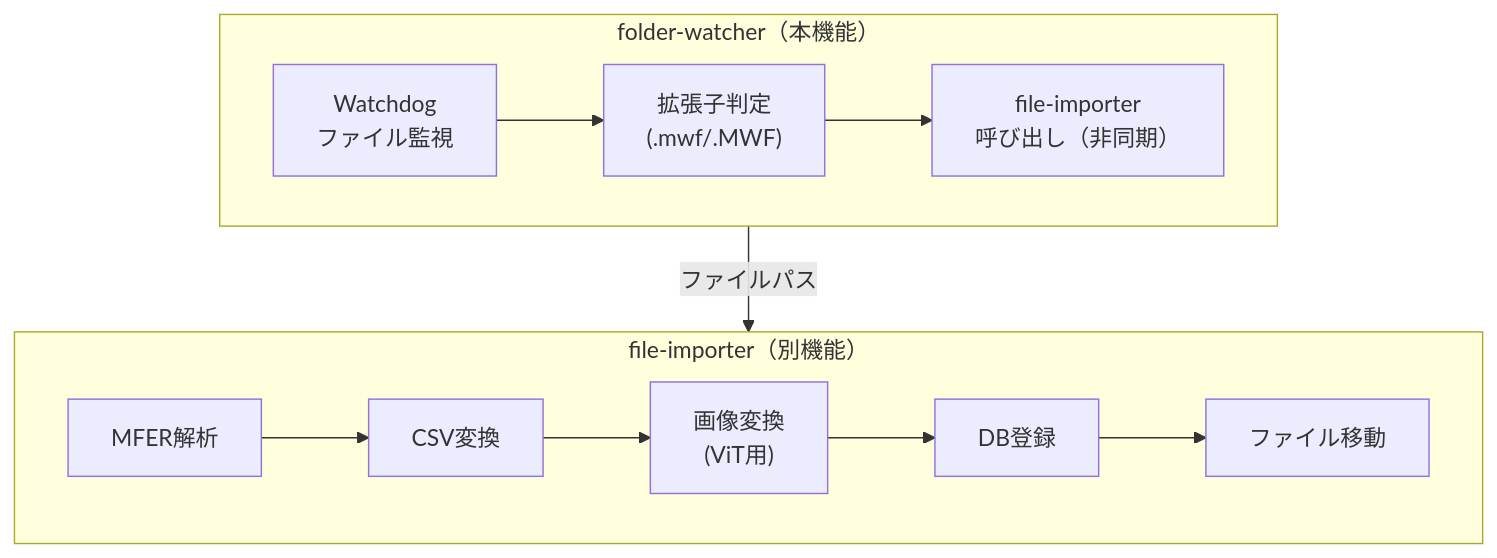
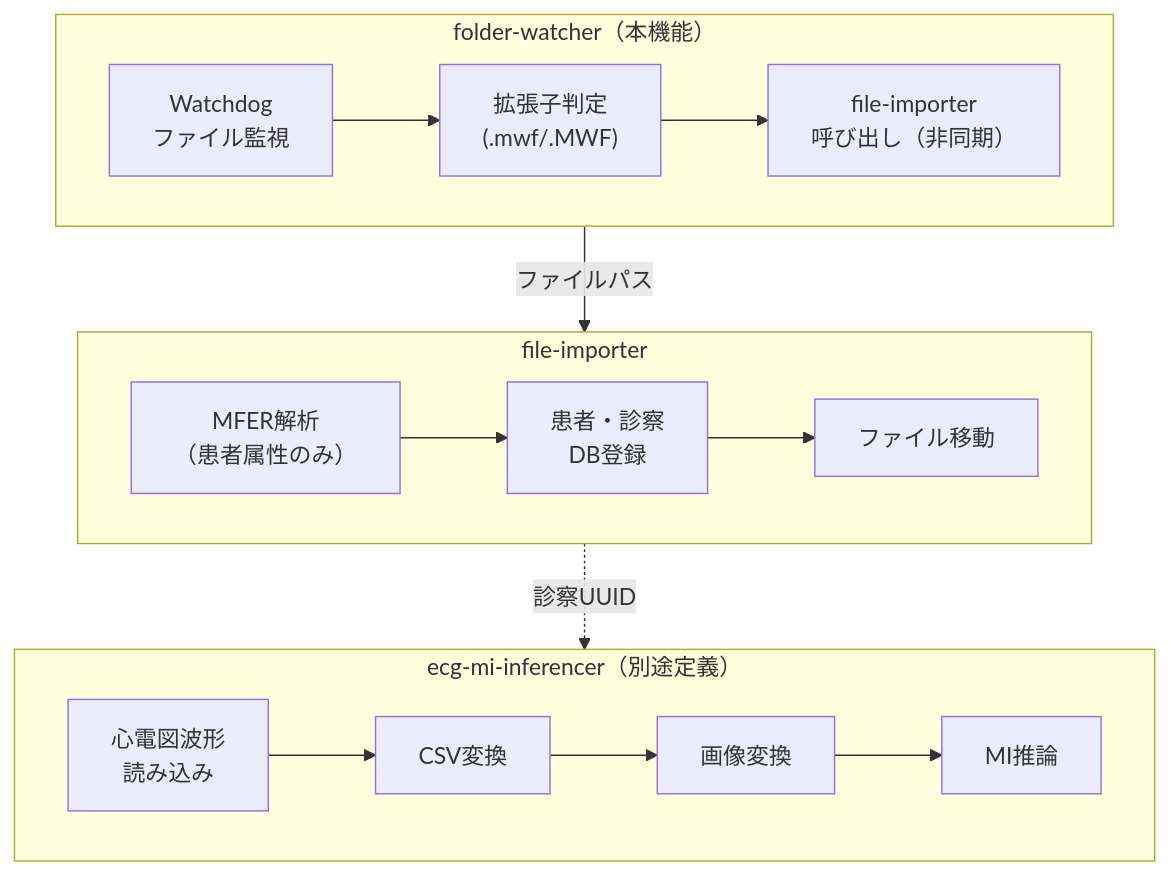
The diagram in .kiro/specs/folder-watcher/requirements.md (Universal-Micro-Networks/ecg-mi-inference), drawn with Mermaid before and after one commit. The commit also changed other lines of this file and 2 other files, not shown here.

````diff
--- a/.kiro/specs/folder-watcher/requirements.md
+++ b/.kiro/specs/folder-watcher/requirements.md
@@ -188,22 +194,30 @@
 ```mermaid
 flowchart TB
     subgraph FW["folder-watcher（本機能）"]
         direction LR
         W["Watchdog<br/>ファイル監視"]
         E["拡張子判定<br/>(.mwf/.MWF)"]
         C["file-importer<br/>呼び出し（非同期）"]
         W --> E --> C
     end
 
-    subgraph FI["file-importer（別機能）"]
+    subgraph FI["file-importer"]
         direction LR
-        M["MFER解析"]
+        M["MFER解析<br/>（患者属性のみ）"]
+        DB1["患者・診察<br/>DB登録"]
+        MV["ファイル移動"]
+        M --> DB1 --> MV
+    end
+
+    subgraph INF["ecg-mi-inferencer（別途定義）"]
+        direction LR
+        ECG["心電図波形<br/>読み込み"]
         CSV["CSV変換"]
-        IMG["画像変換<br/>(ViT用)"]
-        DB["DB登録"]
-        MV["ファイル移動"]
-        M --> CSV --> IMG --> DB --> MV
+        IMG["画像変換"]
+        AI["MI推論"]
+        ECG --> CSV --> IMG --> AI
     end
 
     C -->|ファイルパス| M
+    DB1 -.->|診察UUID| INF
 ```
````
